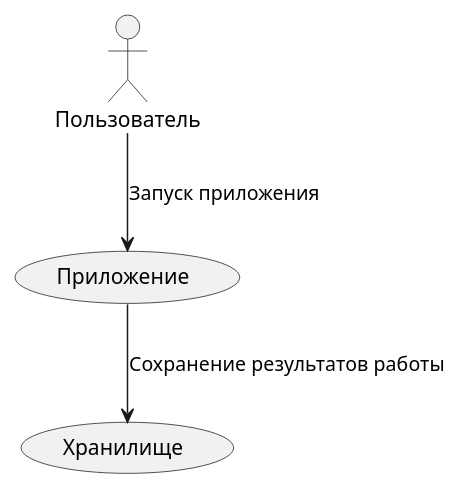
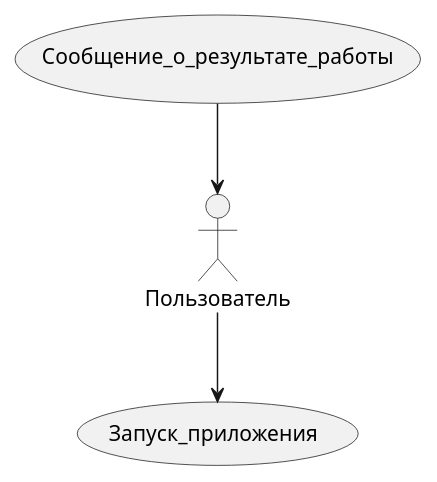
Before and after one commit to Aleksei-web-bit/Aleksei_Fitisov_methodology: the diagram in Plant/Диаграмма_вариантов_использования_UseCase.md, drawn with PlantUML.

Commit message:
Запуск приложения и сообщение о результате работы

```diff
--- a/Plant/Диаграмма_вариантов_использования_UseCase.md
+++ b/Plant/Диаграмма_вариантов_использования_UseCase.md
@@ -1,12 +1,12 @@
 @startuml
 
 
 :Пользователь: as П
 
 
-П --> (Приложение): Запуск приложения
+П --> (Запуск_приложения)
 
-(Приложение) --> (Хранилище): Сохранение результатов работы
+(Сообщение_о_результате_работы) --> П
 
 
 @enduml
```
